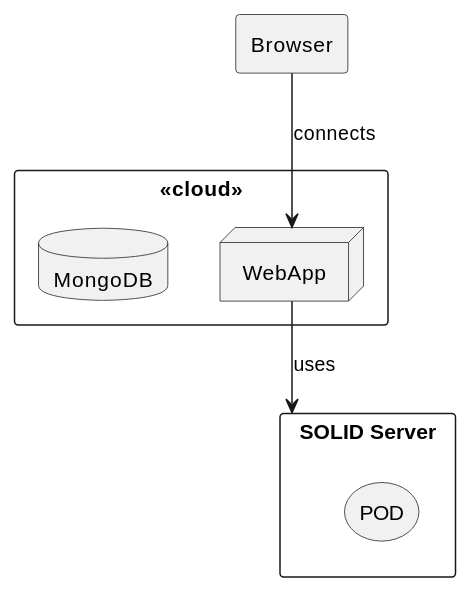
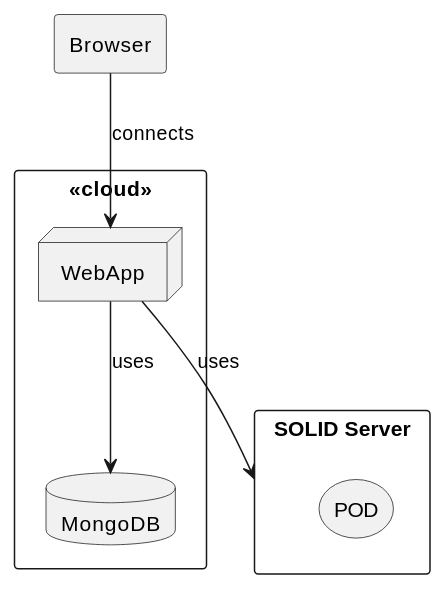
Before and after one commit to Arquisoft/radarin_en2b: the diagram in webapp/docs/07_deployment_view.adoc, drawn with PlantUML. The commit also changed other lines of this file and 9 other files, not shown here.

```diff
--- a/webapp/docs/07_deployment_view.adoc
+++ b/webapp/docs/07_deployment_view.adoc
@@ -39,16 +39,17 @@
 [plantuml, diagram-deployment, svg]
 ....
 @startuml
 rectangle "<<cloud>>" as Cloud {
 node WebApp
 database MongoDB
   }
 rectangle "SOLID Server" as SOLID_Server {
 storage POD
   }
 rectangle Browser
 
 Browser --> WebApp : connects
 WebApp --> SOLID_Server : uses
+WebApp --> MongoDB : uses
 @enduml
 ....
```
